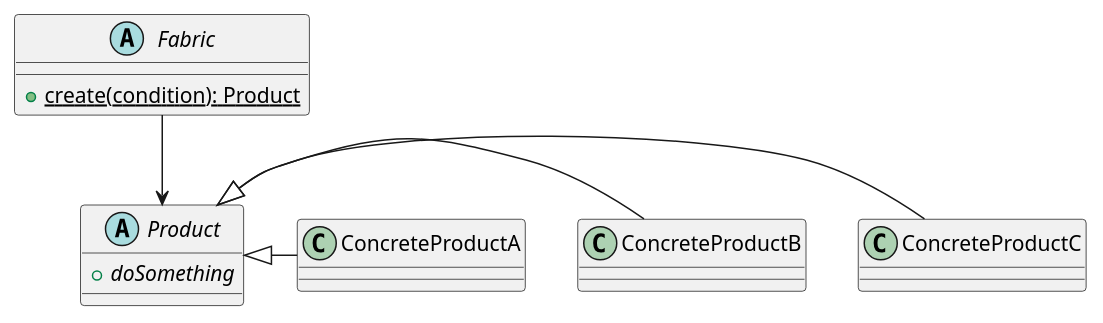
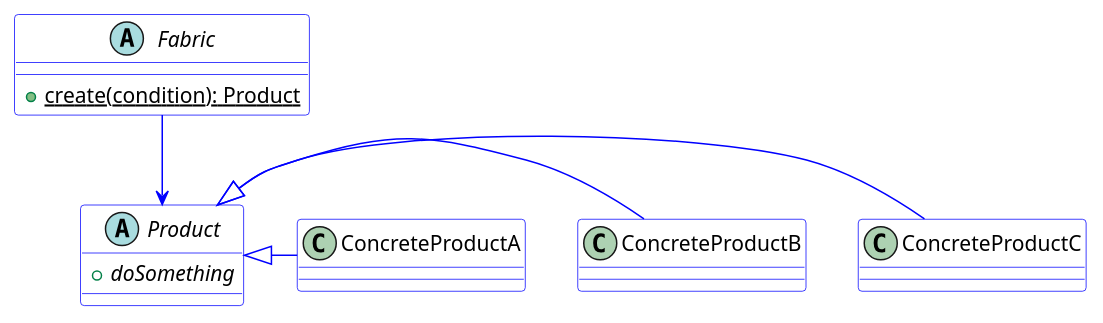
One commit to paguerre3/creational-patterns changed the diagram in cp-samples/src/cp/samples/factories/factory_method/_factory-method-diagram.iuml. Above: the diagram before and after it, drawn with PlantUML. The commit also changed 2 other files, not shown here.

```diff
--- a/cp-samples/src/cp/samples/factories/factory_method/_factory-method-diagram.iuml
+++ b/cp-samples/src/cp/samples/factories/factory_method/_factory-method-diagram.iuml
@@ -1,19 +1,26 @@
 @startuml
+skinparam class {
+BackgroundColor White
+ArrowColor Blue
+BorderColor Blue
+}
+skinparam stereotypeCBackgroundColor White
+skinparam stereotypeABackgroundColor White
 abstract class Fabric {
  +{static} create(condition): Product
 }
 
 abstract class Product
 {
  +{abstract} doSomething 
 }
 
 class ConcreteProductA
 class ConcreteProductB
 class ConcreteProductC
 
 Fabric --> Product
 Product <|– ConcreteProductC
 Product <|– ConcreteProductB
 Product <|– ConcreteProductA
 @enduml
```
